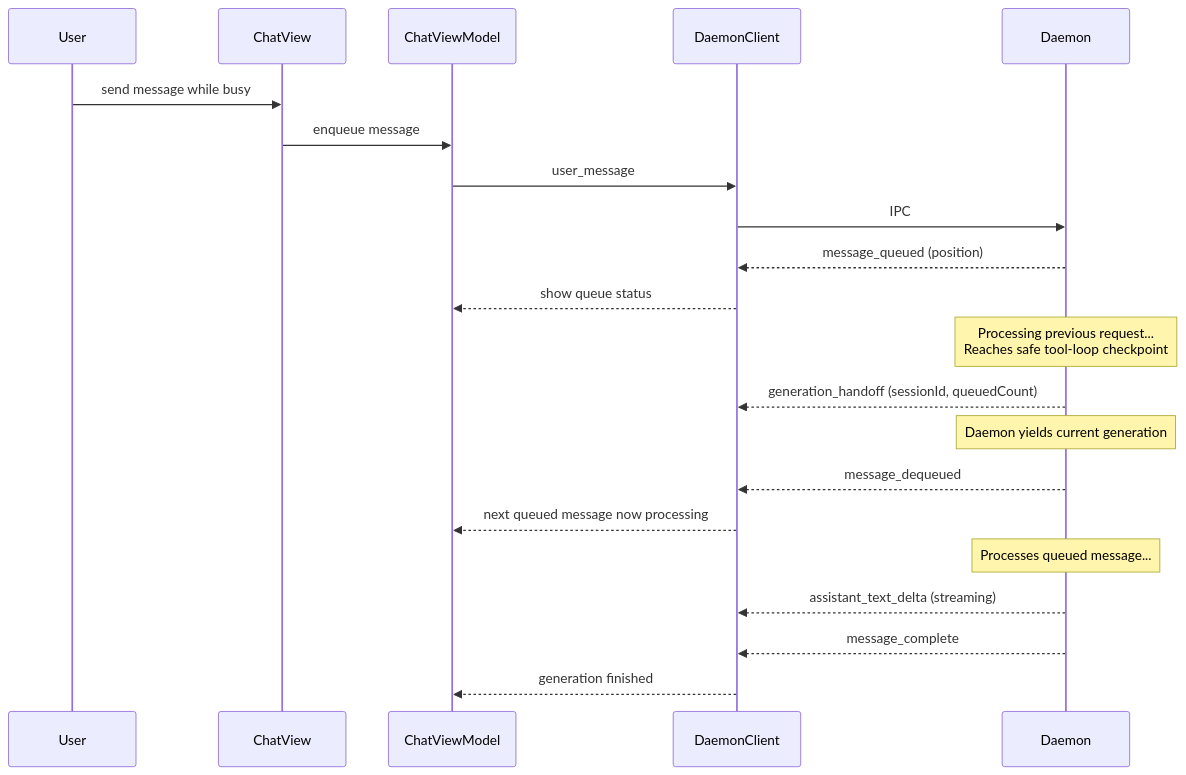
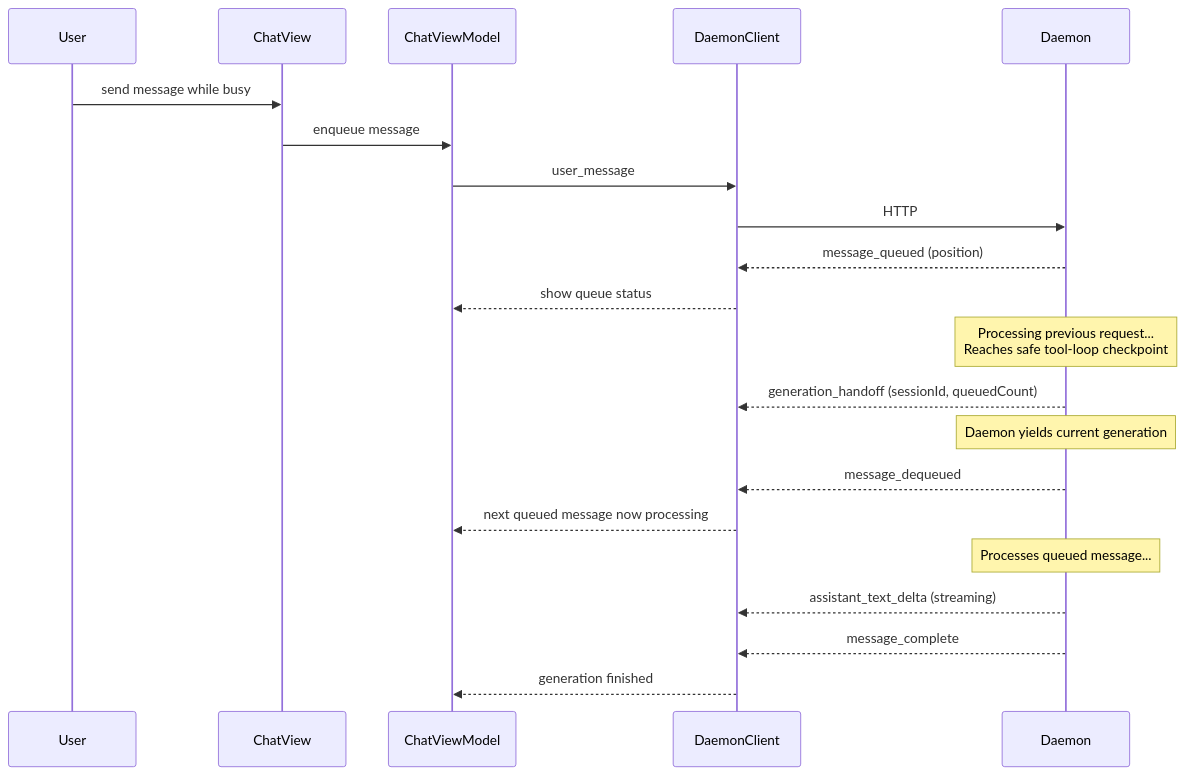
Diagram 15 of 17 in assistant/ARCHITECTURE.md (vellum-ai/vellum-assistant), drawn with Mermaid before and after one commit. The commit also changed other lines of this file and 23 other files, not shown here.

````diff
--- a/assistant/ARCHITECTURE.md
+++ b/assistant/ARCHITECTURE.md
@@ -1783,29 +1565,29 @@
 ```mermaid
 sequenceDiagram
     participant User
     participant Chat as ChatView
     participant VM as ChatViewModel
     participant DC as DaemonClient
     participant Daemon as Daemon
 
     User->>Chat: send message while busy
     Chat->>VM: enqueue message
     VM->>DC: user_message
-    DC->>Daemon: IPC
+    DC->>Daemon: HTTP
     Daemon-->>DC: message_queued (position)
     DC-->>VM: show queue status
 
     Note over Daemon: Processing previous request...<br/>Reaches safe tool-loop checkpoint
 
     Daemon-->>DC: generation_handoff (sessionId, queuedCount)
     Note over Daemon: Daemon yields current generation
 
     Daemon-->>DC: message_dequeued
     DC-->>VM: next queued message now processing
 
     Note over Daemon: Processes queued message...
 
     Daemon-->>DC: assistant_text_delta (streaming)
     Daemon-->>DC: message_complete
     DC-->>VM: generation finished
 ```
````
